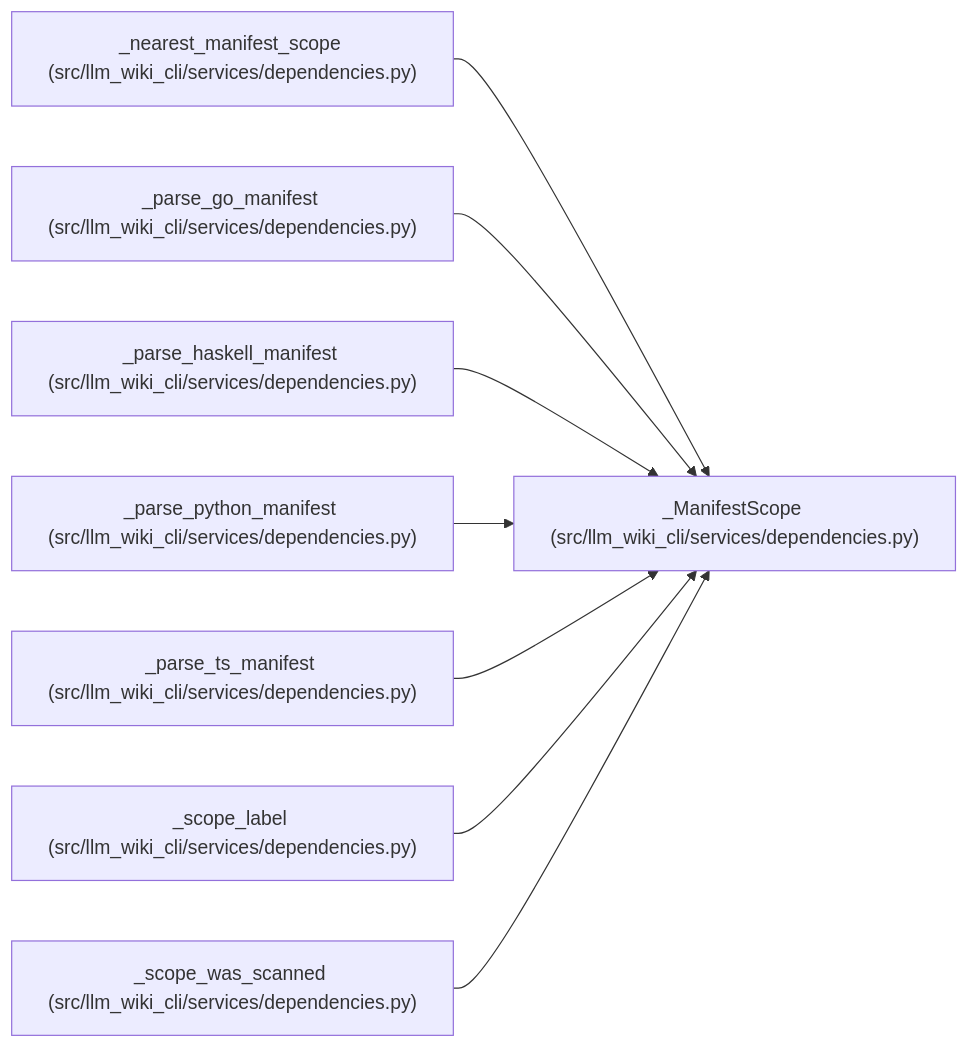
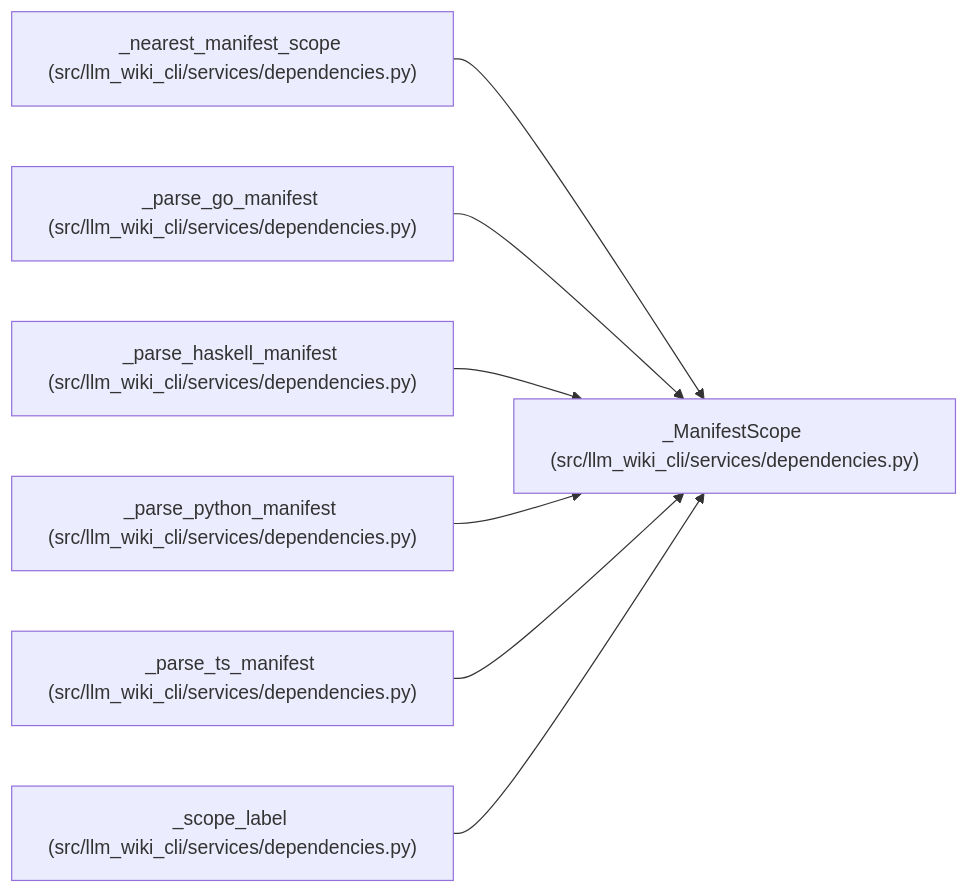
One commit to Denissvgn/python-wiki-llm changed the diagram in docs/llm_wiki/entities/ManifestScope.md. Above: the diagram before and after it, drawn with Mermaid. The commit also changed other lines of this file and 334 other files, not shown here.

````diff
--- a/docs/llm_wiki/entities/ManifestScope.md
+++ b/docs/llm_wiki/entities/ManifestScope.md
@@ -34,26 +34,23 @@
 ```mermaid
 flowchart LR
     n0["_ManifestScope (src/llm_wiki_cli/services/dependencies.py)"]
     n1["_nearest_manifest_scope (src/llm_wiki_cli/services/dependencies.py)"]
     n2["_parse_go_manifest (src/llm_wiki_cli/services/dependencies.py)"]
     n3["_parse_haskell_manifest (src/llm_wiki_cli/services/dependencies.py)"]
     n4["_parse_python_manifest (src/llm_wiki_cli/services/dependencies.py)"]
     n5["_parse_ts_manifest (src/llm_wiki_cli/services/dependencies.py)"]
     n6["_scope_label (src/llm_wiki_cli/services/dependencies.py)"]
-    n7["_scope_was_scanned (src/llm_wiki_cli/services/dependencies.py)"]
     n1 --> n0
     n2 --> n0
     n3 --> n0
     n4 --> n0
     n5 --> n0
     n6 --> n0
-    n7 --> n0
     click n0 "../modules/services_dependencies.md"
     click n1 "../modules/services_dependencies.md"
     click n2 "../modules/services_dependencies.md"
     click n3 "../modules/services_dependencies.md"
     click n4 "../modules/services_dependencies.md"
     click n5 "../modules/services_dependencies.md"
     click n6 "../modules/services_dependencies.md"
-    click n7 "../modules/services_dependencies.md"
 ```
````
